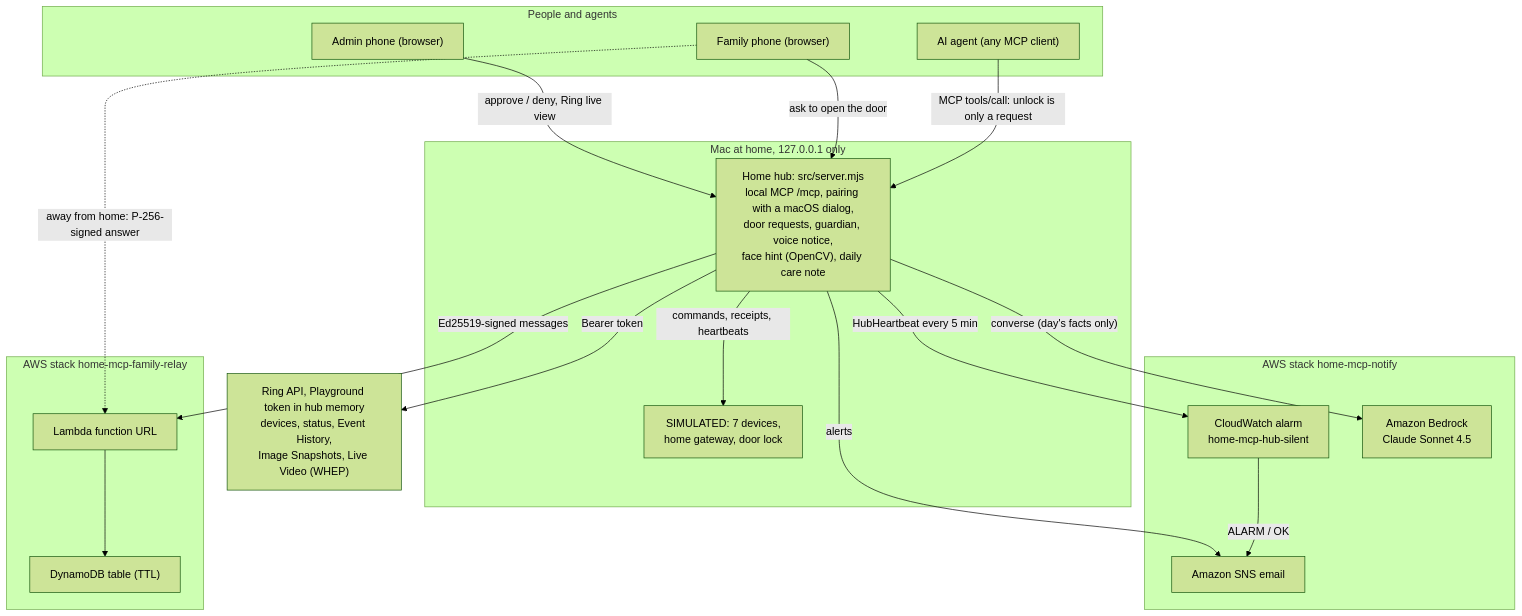
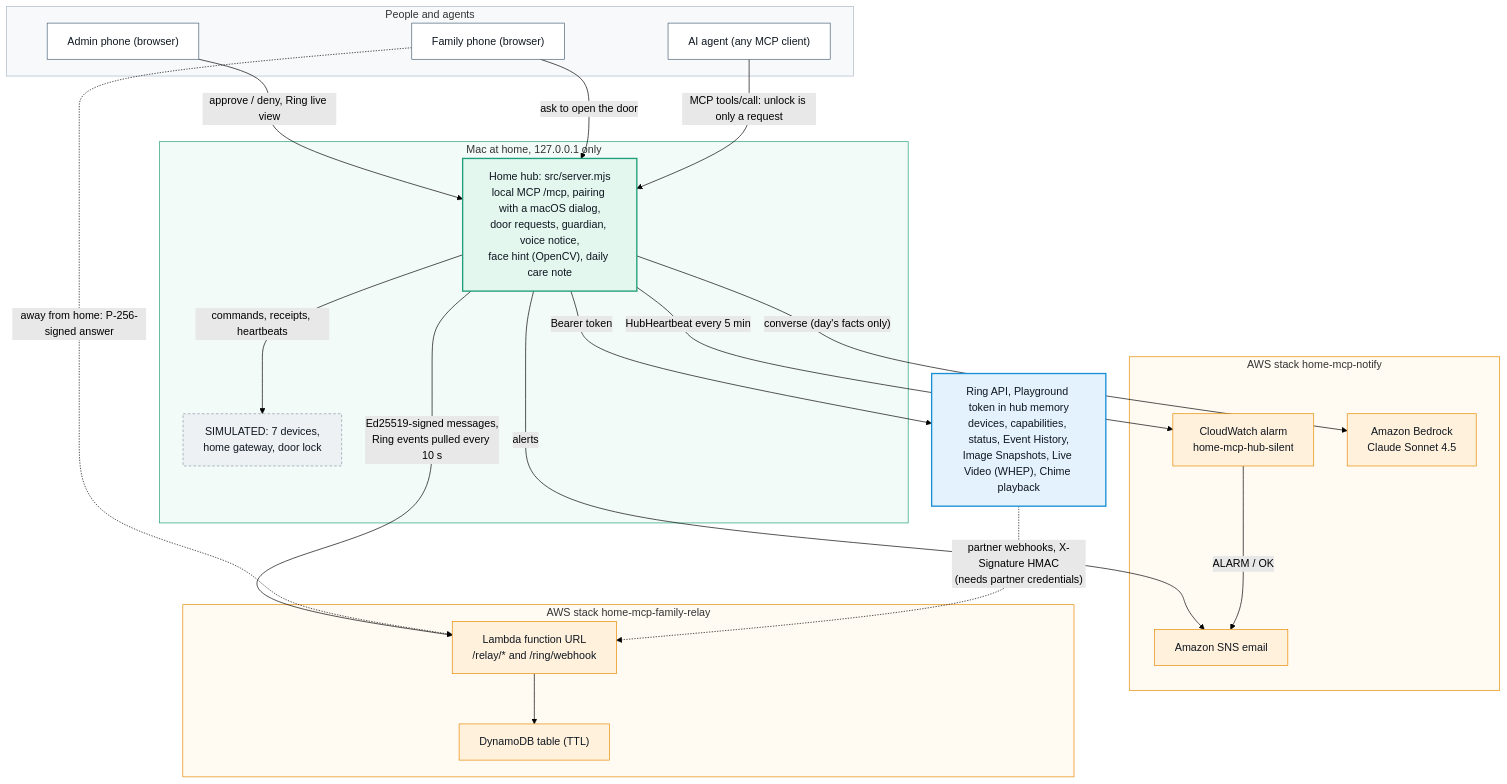
The diagram in README.md (jiarong0423/ring-home-mcp-hub), drawn with Mermaid (forest theme) before and after one commit. The commit also changed other lines of this file and 6 other files, not shown here.

````diff
--- a/README.md
+++ b/README.md
@@ -38,34 +41,49 @@
 ```mermaid
 flowchart TB
   subgraph PEOPLE["People and agents"]
     AP["Admin phone (browser)"]
     FP["Family phone (browser)"]
     AG["AI agent (any MCP client)"]
   end
   subgraph MAC["Mac at home, 127.0.0.1 only"]
     HUB["Home hub: src/server.mjs<br/>local MCP /mcp, pairing with a macOS dialog,<br/>door requests, guardian, voice notice,<br/>face hint (OpenCV), daily care note"]
     SIM["SIMULATED: 7 devices,<br/>home gateway, door lock"]
   end
-  RING["Ring API, Playground token in hub memory<br/>devices, status, Event History,<br/>Image Snapshots, Live Video (WHEP)"]
+  RING["Ring API, Playground token in hub memory<br/>devices, capabilities, status, Event History,<br/>Image Snapshots, Live Video (WHEP), Chime playback"]
   subgraph NOTIFY["AWS stack home-mcp-notify"]
     SNS["Amazon SNS email"]
     CW["CloudWatch alarm<br/>home-mcp-hub-silent"]
     BR["Amazon Bedrock<br/>Claude Sonnet 4.5"]
   end
   subgraph RELAY["AWS stack home-mcp-family-relay"]
-    FURL["Lambda function URL"]
+    FURL["Lambda function URL<br/>/relay/* and /ring/webhook"]
     DDB["DynamoDB table (TTL)"]
   end
   AP -- "approve / deny, Ring live view" --> HUB
   FP -- "ask to open the door" --> HUB
   AG -- "MCP tools/call: unlock is only a request" --> HUB
   HUB -- "commands, receipts, heartbeats" --> SIM
   HUB -- "Bearer token" --> RING
   HUB -- "alerts" --> SNS
   HUB -- "HubHeartbeat every 5 min" --> CW
   CW -- "ALARM / OK" --> SNS
   HUB -- "converse (day's facts only)" --> BR
-  HUB -- "Ed25519-signed messages" --> FURL
+  HUB -- "Ed25519-signed messages,<br/>Ring events pulled every 10 s" --> FURL
   FP -. "away from home: P-256-signed answer" .-> FURL
+  RING -. "partner webhooks, X-Signature HMAC<br/>(needs partner credentials)" .-> FURL
   FURL --> DDB
+  classDef people fill:#ffffff,stroke:#4a6073,color:#0f1720
+  classDef hub fill:#e3f7ef,stroke:#1f9e78,stroke-width:2px,color:#0f1720
+  classDef sim fill:#eef1f4,stroke:#8a9aa8,stroke-dasharray:4 3,color:#0f1720
+  classDef ring fill:#e3f2fc,stroke:#1a8fd6,stroke-width:2px,color:#0f1720
+  classDef aws fill:#fff1dc,stroke:#e68a00,color:#0f1720
+  class AP,FP,AG people
+  class HUB hub
+  class SIM sim
+  class RING ring
+  class SNS,CW,BR,FURL,DDB aws
+  style MAC fill:#f3fbf8,stroke:#1f9e78
+  style NOTIFY fill:#fffaf2,stroke:#e68a00
+  style RELAY fill:#fffaf2,stroke:#e68a00
+  style PEOPLE fill:#f7f9fb,stroke:#a9b8c6
 ```
````
